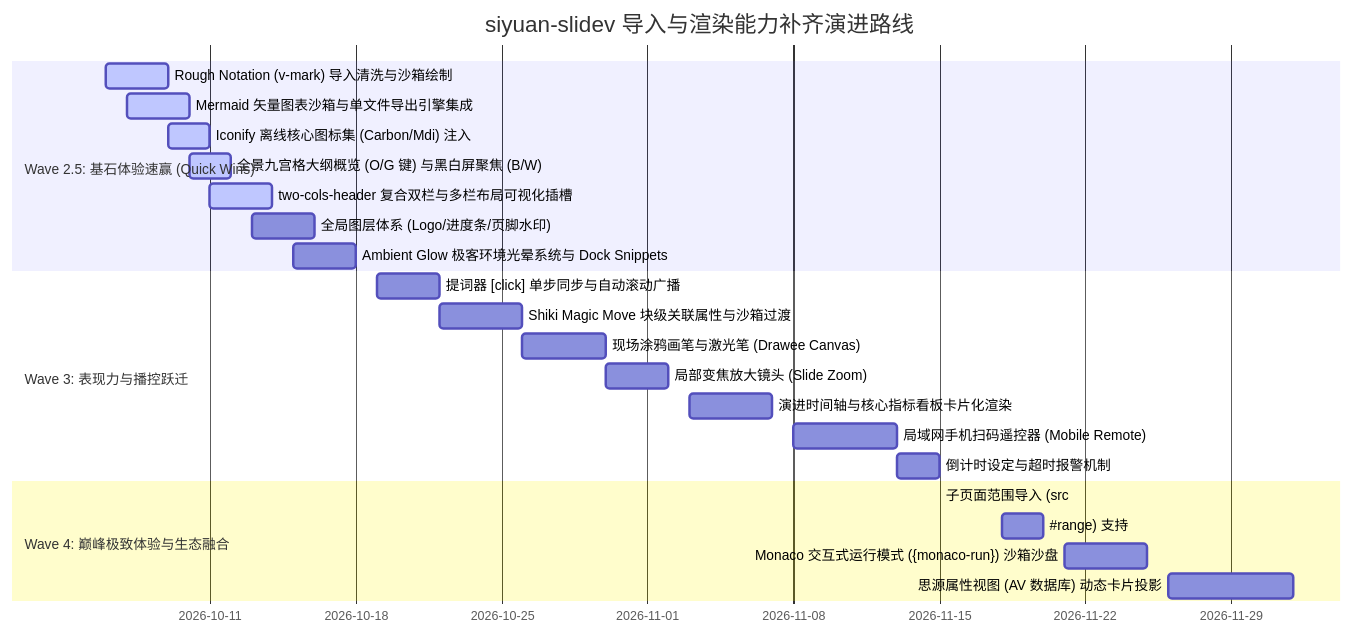
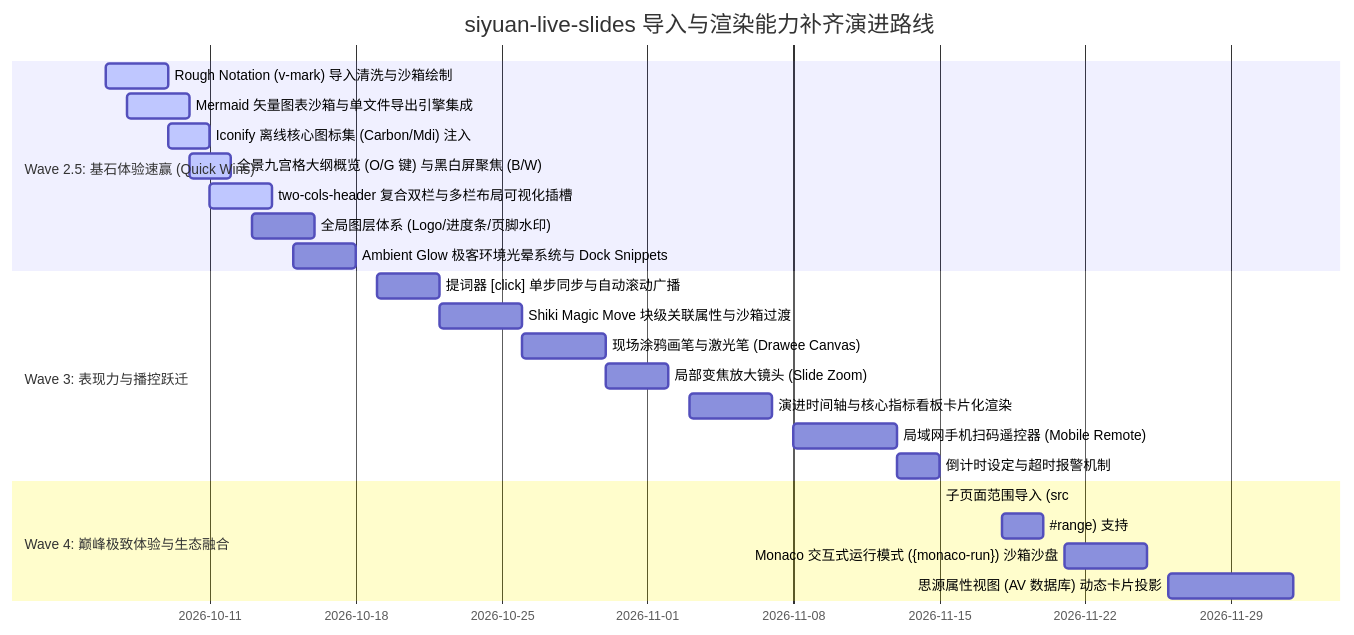
One commit to famotime/siyuan-live-slides changed the second of 2 diagrams in docs/基于 Slidev 与 Slidev-Templates 源码生态的演示能力差距分析与高频特性集成演进指南.md. Above: the diagram before and after it, drawn with Mermaid. The commit also changed other lines of this file and 175 other files, not shown here.

First line of the commit message:
refactor(core): 插件整体重命名为 siyuan-live-slides（即现）并迁移自定义属性协议

````diff
--- a/docs/基于 Slidev 与 Slidev-Templates 源码生态的演示能力差距分析与高频特性集成演进指南.md
+++ b/docs/基于 Slidev 与 Slidev-Templates 源码生态的演示能力差距分析与高频特性集成演进指南.md
@@ -417,25 +417,25 @@
 ```mermaid
 gantt
-    title siyuan-slidev 导入与渲染能力补齐演进路线
+    title siyuan-live-slides 导入与渲染能力补齐演进路线
     dateFormat  YYYY-MM-DD
     section Wave 2.5: 基石体验速赢 (Quick Wins)
     Rough Notation (v-mark) 导入清洗与沙箱绘制    :active, p0_1, 2026-10-06, 3d
     Mermaid 矢量图表沙箱与单文件导出引擎集成      :active, p0_2, 2026-10-07, 3d
     Iconify 离线核心图标集 (Carbon/Mdi) 注入      :active, p0_3, 2026-10-09, 2d
     全景九宫格大纲概览 (O/G 键) 与黑白屏聚焦 (B/W):active, p0_4, 2026-10-10, 2d
     two-cols-header 复合双栏与多栏布局可视化插槽  :active, p0_5, 2026-10-11, 3d
     全局图层体系 (Logo/进度条/页脚水印)           :p0_6, 2026-10-13, 3d
     Ambient Glow 极客环境光晕系统与 Dock Snippets :p0_7, 2026-10-15, 3d
     section Wave 3: 表现力与播控跃迁
     提词器 [click] 单步同步与自动滚动广播         :p1_1, 2026-10-19, 3d
     Shiki Magic Move 块级关联属性与沙箱过渡       :p1_2, 2026-10-22, 4d
     现场涂鸦画笔与激光笔 (Drawee Canvas)          :p1_3, 2026-10-26, 4d
     局部变焦放大镜头 (Slide Zoom)                 :p1_4, 2026-10-30, 3d
     演进时间轴与核心指标看板卡片化渲染             :p1_5, 2026-11-03, 4d
     局域网手机扫码遥控器 (Mobile Remote)          :p1_6, 2026-11-08, 5d
     倒计时设定与超时报警机制                      :p1_7, 2026-11-13, 2d
     section Wave 4: 巅峰极致体验与生态融合
     子页面范围导入 (src: file.md#range) 支持     :p2_1, 2026-11-18, 2d
     Monaco 交互式运行模式 ({monaco-run}) 沙箱沙盘 :p2_2, 2026-11-21, 4d
     思源属性视图 (AV 数据库) 动态卡片投影          :p2_3, 2026-11-26, 6d
 ```
````
